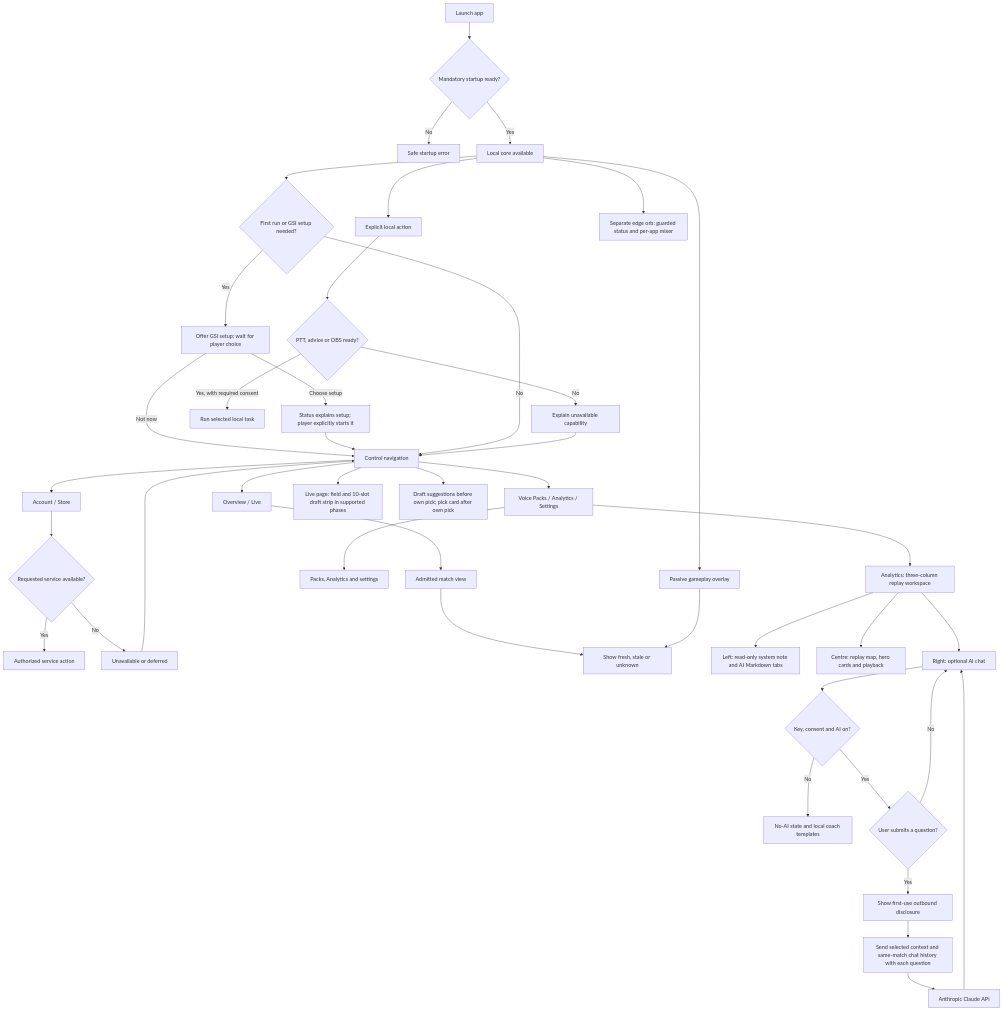
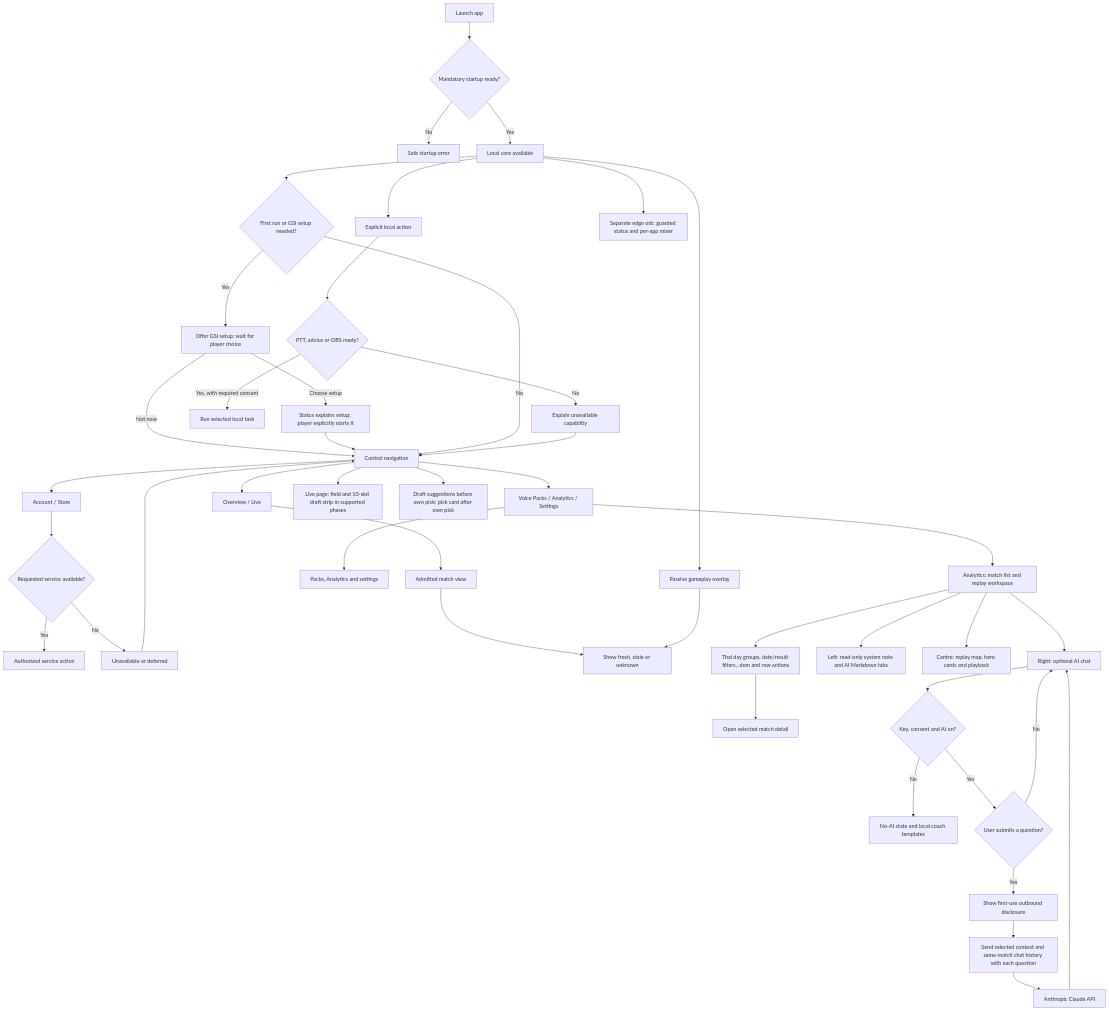
The diagram in docs/diagrams/source/DGM-017-user-flow.mmd (Freshair129/kohbor), drawn with Mermaid before and after one commit. The commit also changed 75 other files, not shown here.

```diff
--- a/docs/diagrams/source/DGM-017-user-flow.mmd
+++ b/docs/diagrams/source/DGM-017-user-flow.mmd
@@ -1,46 +1,48 @@
 flowchart TB
   Start["Launch app"] --> Ready{"Mandatory startup ready?"}
   Ready -->|No| Error["Safe startup error"]
   Ready -->|Yes| Core["Local core available"]
   Core --> GsiCheck{"First run or GSI setup needed?"}
   GsiCheck -->|Yes| SetupPrompt["Offer GSI setup; wait for player choice"]
   SetupPrompt -->|Choose setup| GsiSetup["Status explains setup; player explicitly starts it"]
   SetupPrompt -->|Not now| Nav
   GsiSetup --> Nav
   GsiCheck -->|No| Nav
   Nav["Control navigation"]
   Core --> Overlay["Passive gameplay overlay"]
   Core --> Act["Explicit local action"]
 
   Nav --> Match["Overview / Live"]
   Nav --> Tools["Voice Packs / Analytics / Settings"]
   Nav --> Optional["Account / Store"]
   Nav --> Live["Live page: field and 10-slot draft strip in supported phases"]
   Nav --> Pick["Draft suggestions before own pick; pick card after own pick"]
   Core --> Orb["Separate edge orb: guarded status and per-app mixer"]
   Match --> Read["Admitted match view"]
   Tools --> Manage["Packs, Analytics and settings"]
   Optional --> Service{"Requested service available?"}
   Service -->|Yes| Access["Authorized service action"]
   Service -->|No| Deferred["Unavailable or deferred"]
 
   Act --> Task{"PTT, advice or OBS ready?"}
   Task -->|Yes, with required consent| Run["Run selected local task"]
   Task -->|No| Explain["Explain unavailable capability"]
 
   Read --> Truth["Show fresh, stale or unknown"]
   Overlay --> Truth
-  Tools --> Analytics["Analytics: three-column replay workspace"]
+  Tools --> Analytics["Analytics: match list and replay workspace"]
+  Analytics --> MatchList["Thai day groups, date/result filters, .dem and row actions"]
+  MatchList --> ReplayDetail["Open selected match detail"]
   Analytics --> Documents["Left: read-only system note and AI Markdown tabs"]
   Analytics --> Map["Centre: replay map, hero cards and playback"]
   Analytics --> ChatPanel["Right: optional AI chat"]
   ChatPanel --> AiGate{"Key, consent and AI on?"}
   AiGate -->|No| Template["No-AI state and local coach templates"]
   AiGate -->|Yes| Submit{"User submits a question?"}
   Submit -->|Yes| Consent["Show first-use outbound disclosure"]
   Submit -->|No| ChatPanel
   Consent --> Request["Send selected context and same-match chat history with each question"]
   Request --> Anthropic["Anthropic Claude API"]
   Anthropic --> ChatPanel
   Deferred --> Nav
   Explain --> Nav
```
